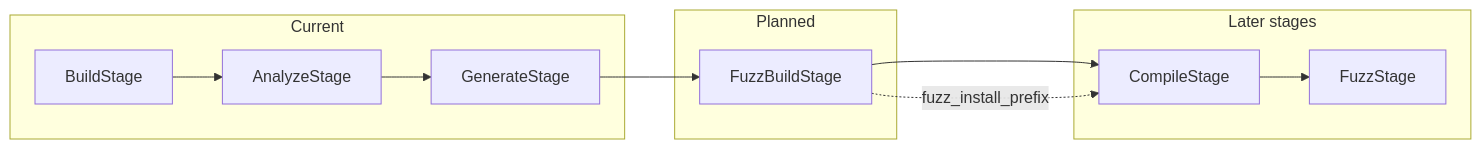
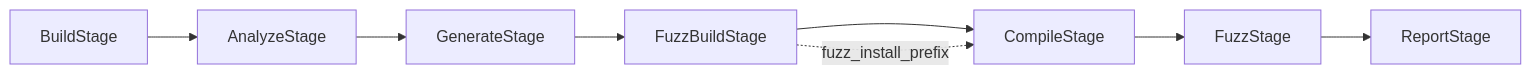
The diagram in docs/FUZZ_BUILD_STAGE.md (thientc/FutagAssist), drawn with Mermaid before and after one commit. The commit also changed other lines of this file and 31 other files, not shown here.

````diff
--- a/docs/FUZZ_BUILD_STAGE.md
+++ b/docs/FUZZ_BUILD_STAGE.md
@@ -18,17 +18,7 @@
 ```mermaid
 flowchart LR
-    subgraph existing [Current]
-        Build[BuildStage]
-        Analyze[AnalyzeStage]
-        Generate[GenerateStage]
-    end
-    subgraph planned [Planned]
-        FuzzBuild[FuzzBuildStage]
-    end
-    subgraph later [Later stages]
-        Compile[CompileStage]
-        Fuzz[FuzzStage]
-    end
-    Build --> Analyze --> Generate --> FuzzBuild --> Compile --> Fuzz
+    Build[BuildStage] --> Analyze[AnalyzeStage] --> Generate[GenerateStage]
+    Generate --> FuzzBuild[FuzzBuildStage] --> Compile[CompileStage]
+    Compile --> Fuzz[FuzzStage] --> Report[ReportStage]
     FuzzBuild -.->|fuzz_install_prefix| Compile
 ```
````
